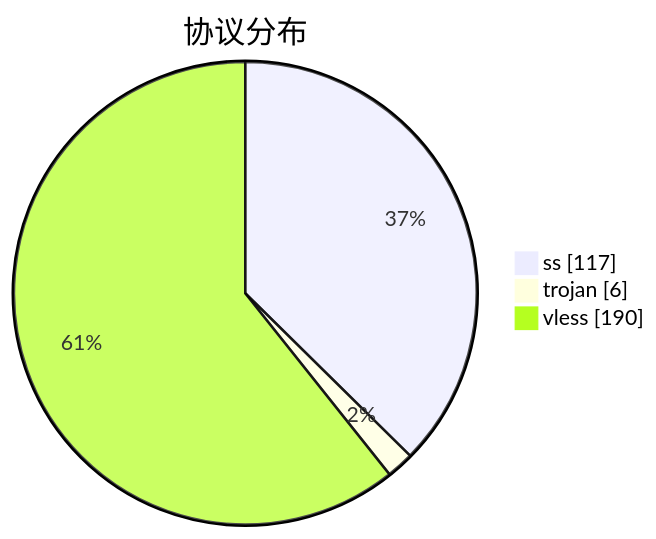
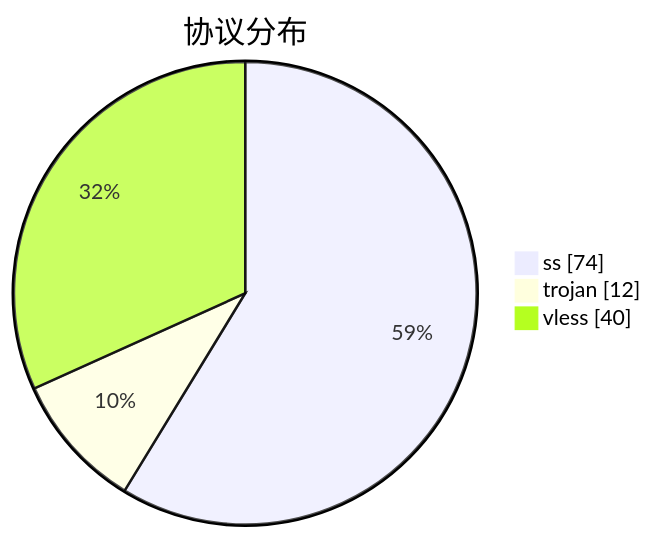
Before and after one commit to qjlxg/airport: the third of 3 diagrams in subs/statistics/tested_within.md, drawn with Mermaid. The commit also changed other lines of this file and 2 other files, not shown here.

````diff
--- a/subs/statistics/tested_within.md
+++ b/subs/statistics/tested_within.md
@@ -30,7 +31,7 @@
 ```mermaid
 pie showData
 title 协议分布
-"ss" : 117
-"trojan" : 6
-"vless" : 190
+"ss" : 74
+"trojan" : 12
+"vless" : 40
 ```
````
